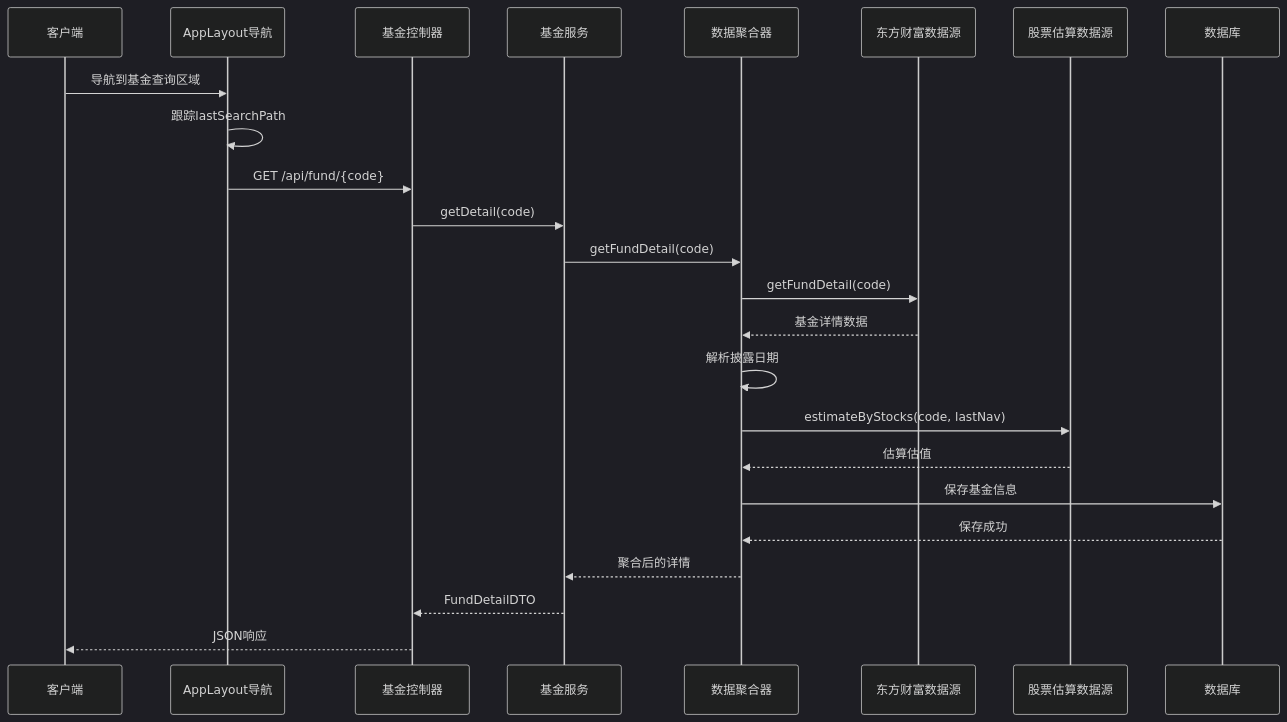
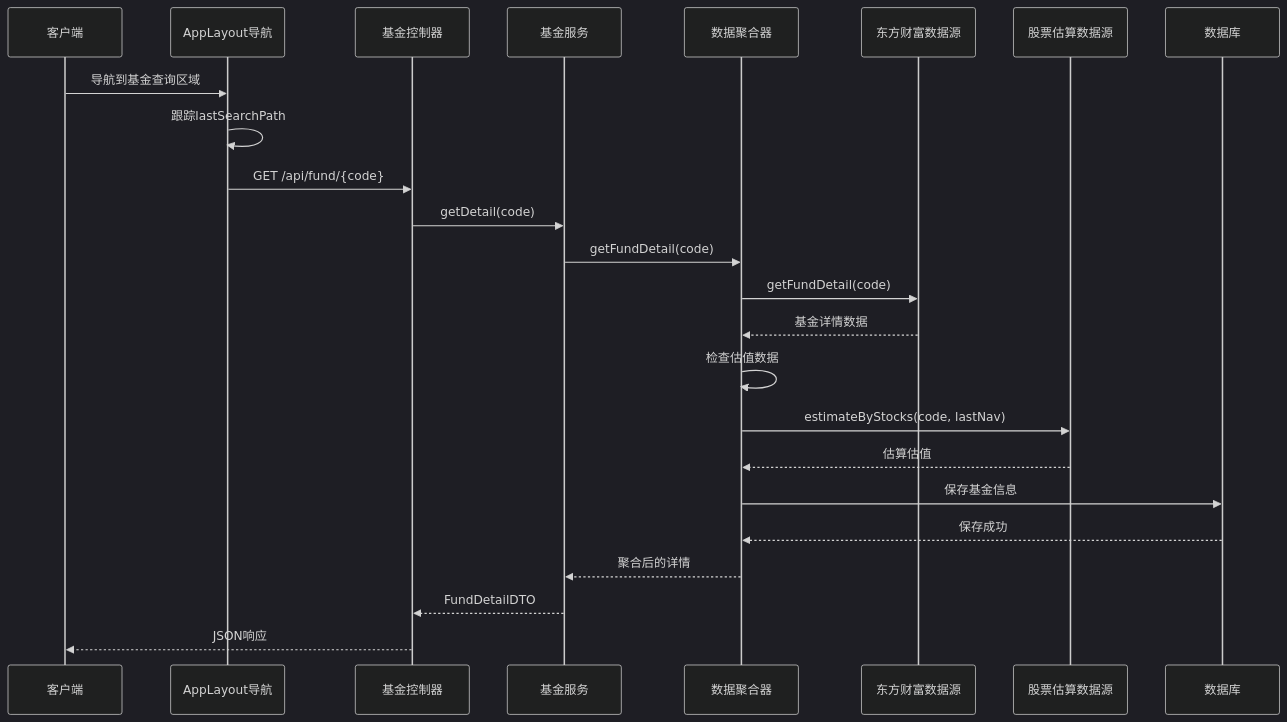
One commit to gree-coder/fund-butler changed the second of 12 diagrams in .qoder/repowiki/zh/content/Fund Detail Enhancement.md. Above: the diagram before and after it, drawn with Mermaid (dark theme). The commit also changed other lines of this file and 21 other files, not shown here.

````diff
--- a/.qoder/repowiki/zh/content/Fund Detail Enhancement.md
+++ b/.qoder/repowiki/zh/content/Fund Detail Enhancement.md
@@ -185,26 +195,26 @@
 ```mermaid
 sequenceDiagram
 participant Client as 客户端
 participant Layout as AppLayout导航
 participant Controller as 基金控制器
 participant Service as 基金服务
 participant Aggregator as 数据聚合器
 participant EastMoney as 东方财富数据源
 participant StockEstimate as 股票估算数据源
 participant DB as 数据库
 Client->>Layout : 导航到基金查询区域
 Layout->>Layout : 跟踪lastSearchPath
 Layout->>Controller : GET /api/fund/{code}
 Controller->>Service : getDetail(code)
 Service->>Aggregator : getFundDetail(code)
 Aggregator->>EastMoney : getFundDetail(code)
 EastMoney-->>Aggregator : 基金详情数据
-Aggregator->>Aggregator : 解析披露日期
+Aggregator->>Aggregator : 检查估值数据
 Aggregator->>StockEstimate : estimateByStocks(code, lastNav)
 StockEstimate-->>Aggregator : 估算估值
 Aggregator->>DB : 保存基金信息
 DB-->>Aggregator : 保存成功
 Aggregator-->>Service : 聚合后的详情
 Service-->>Controller : FundDetailDTO
 Controller-->>Client : JSON响应
 ```
````
